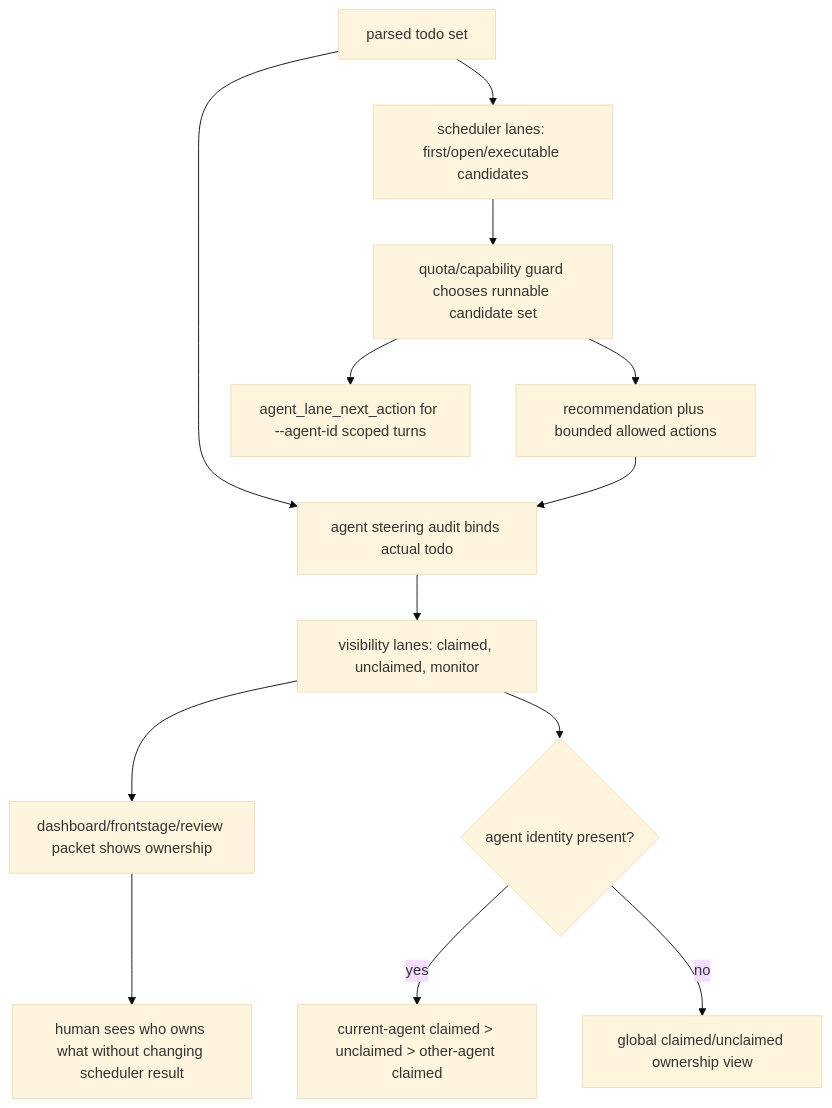
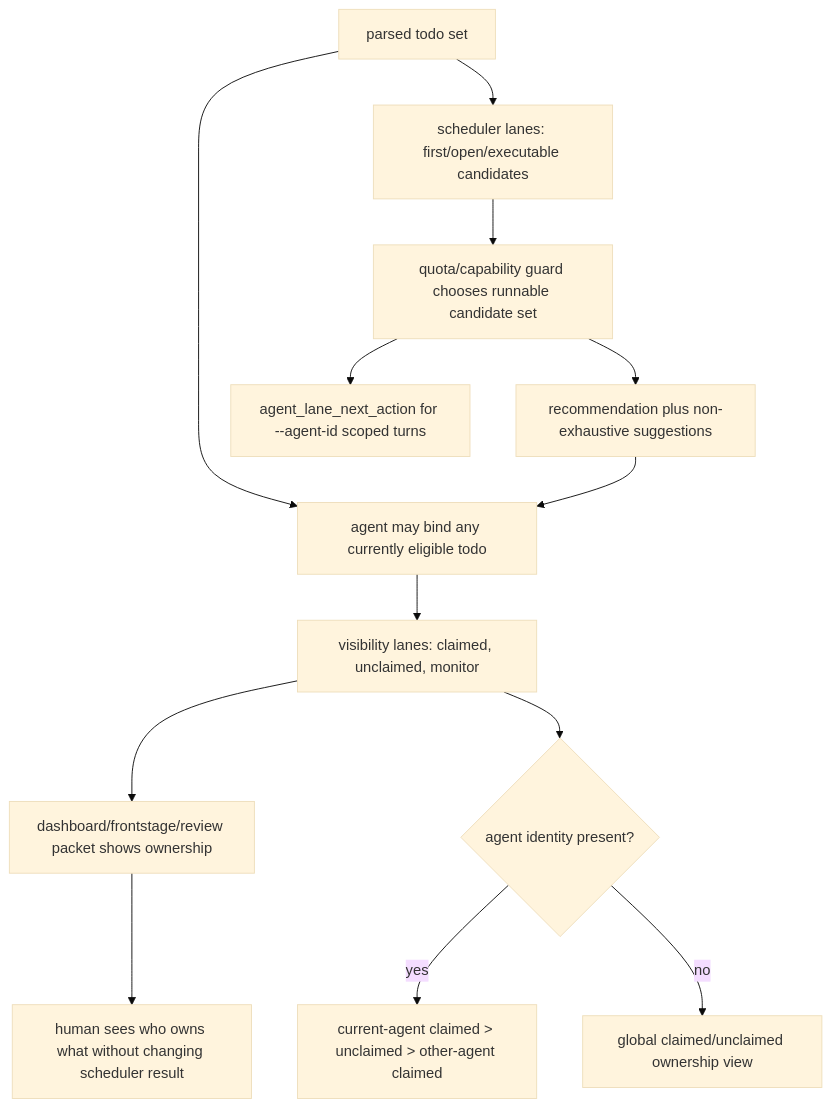
Diagram 22 of 31 in docs/concepts/interaction-pattern-catalog.md (huangruiteng/goal-harness), drawn with Mermaid (base theme) before and after one commit. The commit also changed other lines of this file and 18 other files, not shown here.

````diff
--- a/docs/concepts/interaction-pattern-catalog.md
+++ b/docs/concepts/interaction-pattern-catalog.md
@@ -1716,15 +1719,15 @@
 ```mermaid
 flowchart TD
   T["parsed todo set"] --> S["scheduler lanes: first/open/executable candidates"]
   T --> B["claimed lane claimant-balanced truncation"]
   B --> V["visibility lanes: claimed, unclaimed, monitor"]
   S --> Q["quota/capability guard chooses runnable candidate set"]
-  Q --> A["recommendation plus bounded allowed actions"]
-  A --> B["agent steering audit binds actual todo"]
+  Q --> A["recommendation plus non-exhaustive suggestions"]
+  A --> B["agent may bind any currently eligible todo"]
   Q --> N["agent_lane_next_action for --agent-id scoped turns"]
   V --> F["dashboard/frontstage/review packet shows ownership"]
   V --> C{"agent identity present?"}
   C -->|"yes"| M["current-agent claimed > unclaimed > other-agent claimed"]
   C -->|"no"| G["global claimed/unclaimed ownership view"]
   F --> H["human sees who owns what without changing scheduler result"]
 ```
````
